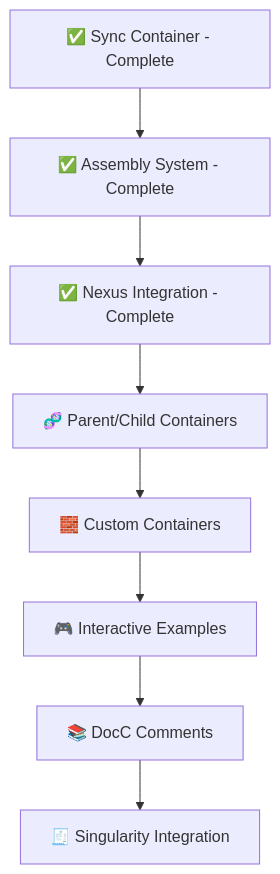
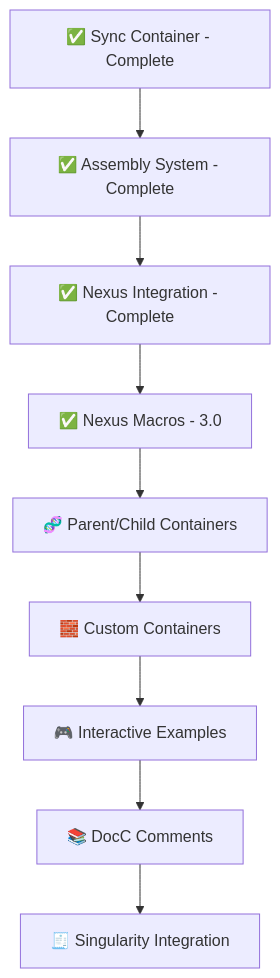
The diagram in README.md (astro-bytes/Astroject), drawn with Mermaid before and after one commit. The commit also changed other lines of this file and 7 other files, not shown here.

````diff
--- a/README.md
+++ b/README.md
@@ -1389,13 +1416,14 @@
 ```mermaid
 graph TD
     A[✅ Sync Container - Complete]
     B[✅ Assembly System - Complete]
     G[✅ Nexus Integration - Complete]
+    I[✅ Nexus Macros - 3.0]
     C[🧬 Parent/Child Containers]
     D[🧱 Custom Containers]
     E[🎮 Interactive Examples]
     F[📚 DocC Comments]
     H[🧾 Singularity Integration]
 
-    A --> B --> G --> C --> D --> E --> F --> H
+    A --> B --> G --> I --> C --> D --> E --> F --> H
 ```
````
